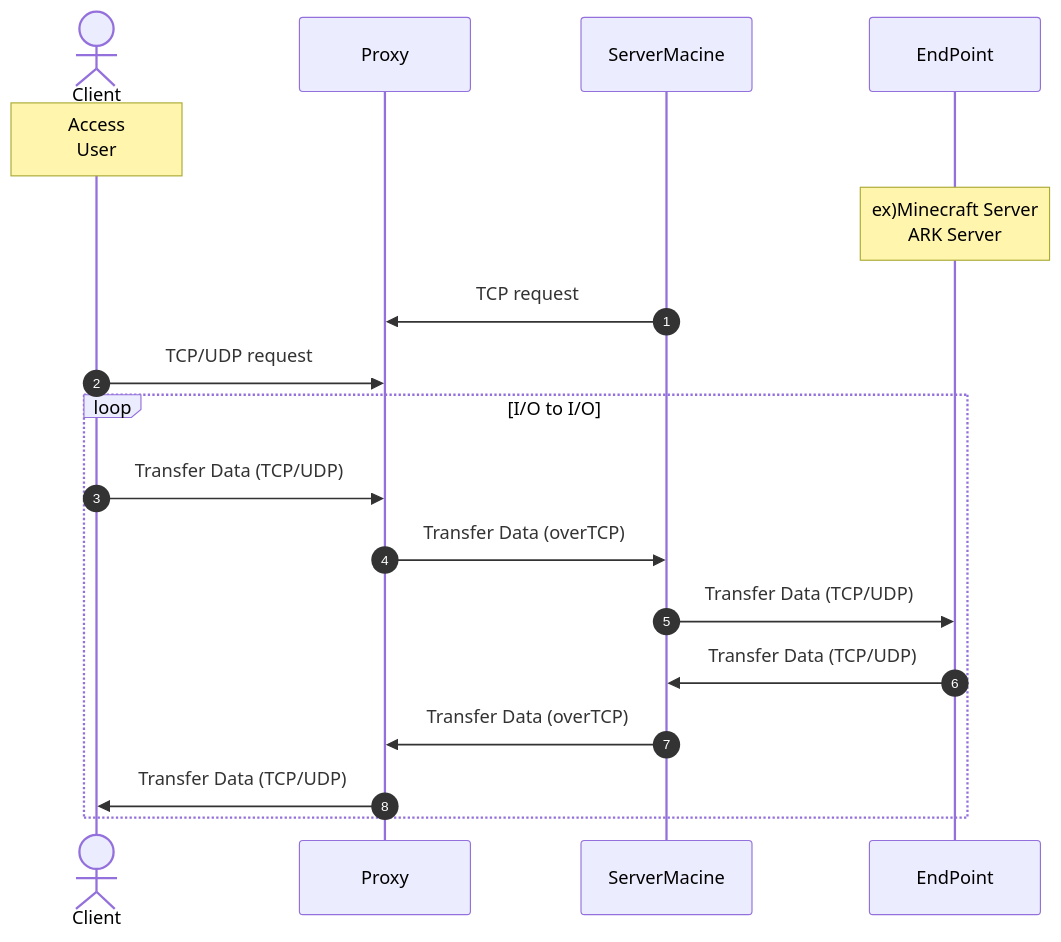
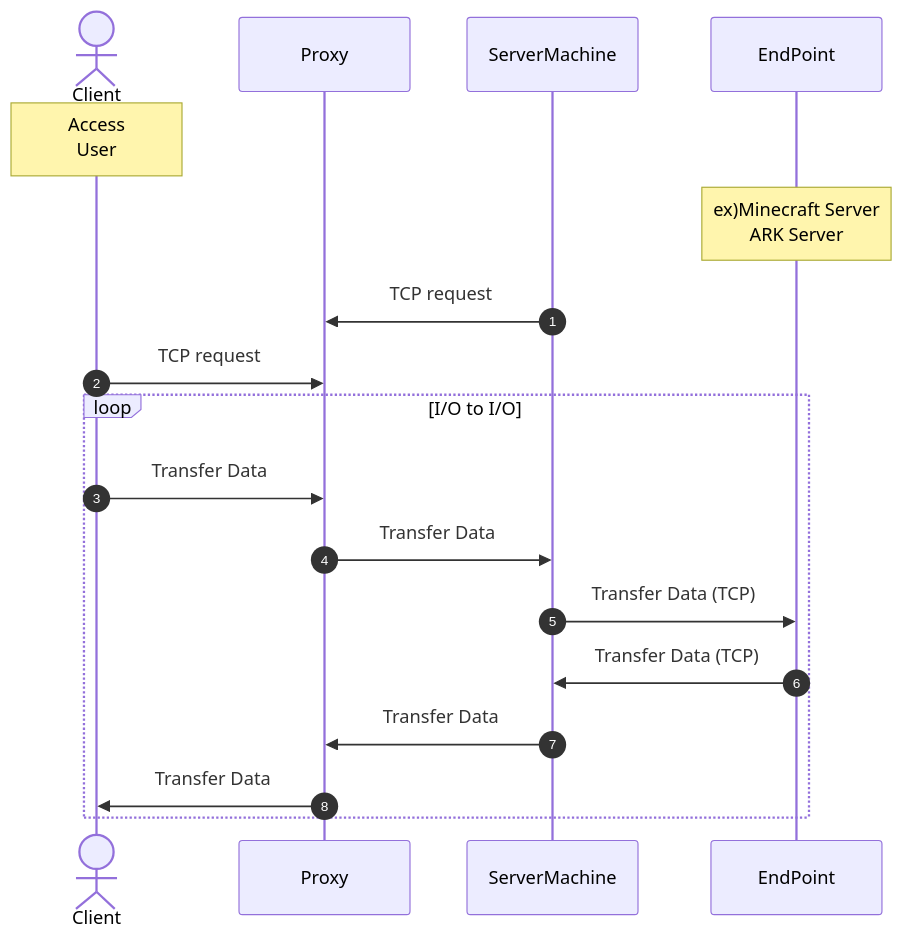
The diagram in README.md (aatomu/go2tunnel), drawn with Mermaid before and after one commit. The commit also changed other lines of this file and 1 other file, not shown here.

Commit message:
UDPをあきらめた

````diff
--- a/README.md
+++ b/README.md
@@ -27,20 +27,20 @@
 ```mermaid
   sequenceDiagram
     autonumber
     actor Client
     Note over Client: Access<br>User
     participant Proxy
-    participant ServerMacine
+    participant ServerMachine
     participant EndPoint
     Note over EndPoint: ex)Minecraft Server<br>ARK Server
-    ServerMacine->>Proxy: TCP request
-    Client->>Proxy: TCP/UDP request
+    ServerMachine->>Proxy: TCP request
+    Client->>Proxy: TCP request
     loop I/O to I/O
-      Client->>Proxy: Transfer Data (TCP/UDP)
-      Proxy->>ServerMacine: Transfer Data (overTCP)
-      ServerMacine->>EndPoint: Transfer Data (TCP/UDP)
-      EndPoint->>ServerMacine: Transfer Data (TCP/UDP)
-      ServerMacine->>Proxy: Transfer Data (overTCP)
-      Proxy->>Client: Transfer Data (TCP/UDP)
+      Client->>Proxy: Transfer Data
+      Proxy->>ServerMachine: Transfer Data
+      ServerMachine->>EndPoint: Transfer Data (TCP)
+      EndPoint->>ServerMachine: Transfer Data (TCP)
+      ServerMachine->>Proxy: Transfer Data
+      Proxy->>Client: Transfer Data
     end
 ```
````
